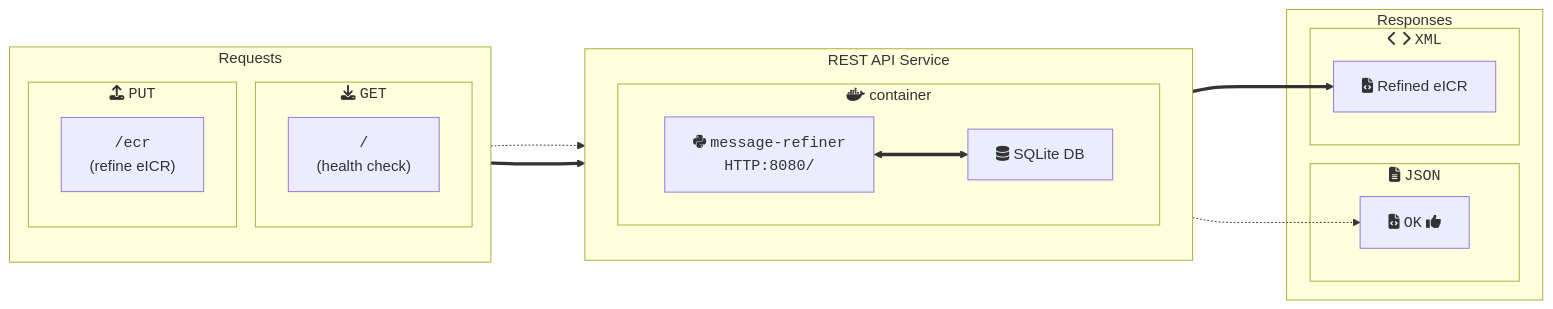
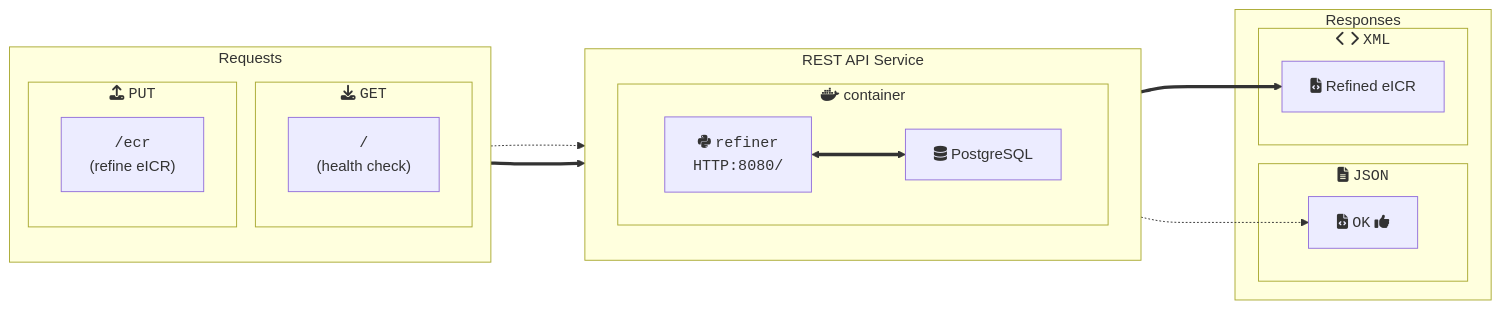
One commit to CDCgov/dibbs-ecr-refiner changed the diagram in refiner/README.md. Above: the diagram before and after it, drawn with Mermaid. The commit also changed other lines of this file and 1 other file, not shown here.

````diff
--- a/refiner/README.md
+++ b/refiner/README.md
@@ -50,34 +50,34 @@
 ```mermaid
 flowchart LR
 
 subgraph requests["Requests"]
 direction TB
 subgraph GET["fas:fa-download <code>GET</code>"]
 hc["<code>/</code>\n(health check)"]
 end
 subgraph PUT["fas:fa-upload <code>PUT</code>"]
 ecr["<code>/ecr</code>\n(refine eICR)"]
 end
 end
 
 subgraph service[REST API Service]
 direction TB
 subgraph mr["fab:fa-docker container"]
-refiner["fab:fa-python <code>message-refiner<br>HTTP:8080/</code>"]
-refiner <==> db["fas:fa-database SQLite DB"]
+refiner["fab:fa-python <code>refiner<br>HTTP:8080/</code>"]
+refiner <==> db["fas:fa-database PostgreSQL"]
 end
 end
 
 subgraph response["Responses"]
 subgraph JSON["fa:fa-file-alt <code>JSON</code>"]
 rsp-hc["fa:fa-file-code <code>OK</code> fa:fa-thumbs-up"]
 end
 subgraph XML["fas:fa-chevron-left fas:fa-chevron-right <code>XML</code>"]
 rsp-ecr["fas:fa-file-code Refined eICR"]
 end
 end
 
 hc -.-> mr -.-> rsp-hc
 ecr ===> mr ===> rsp-ecr
 
 ```
````
